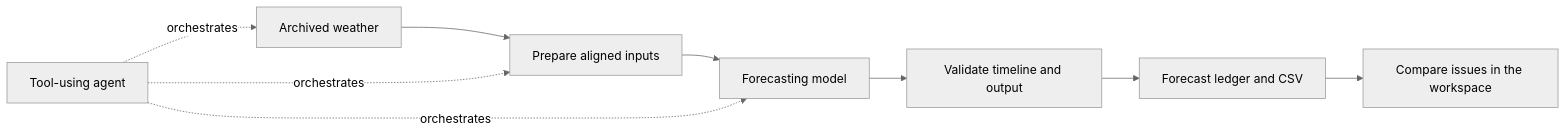
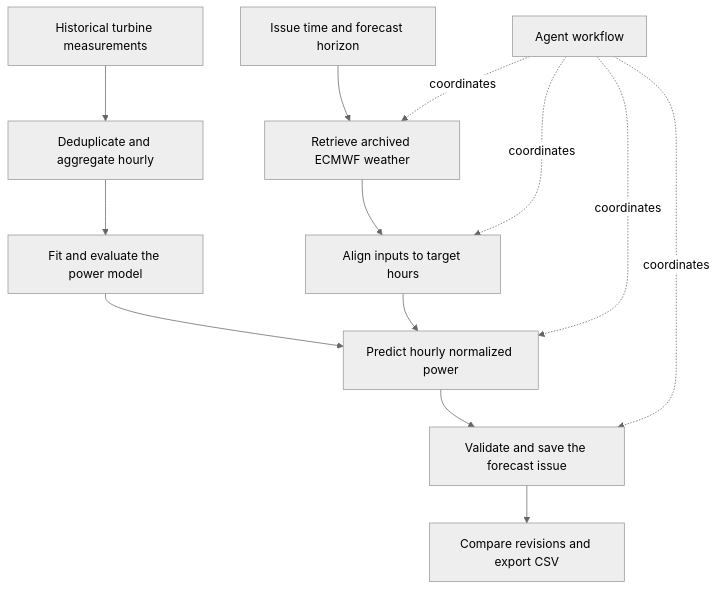
The diagram in README.md (Eye172/samal-showcase), drawn with Mermaid (neutral theme) before and after one commit. The commit also changed other lines of this file and 2 other files, not shown here.

Commit message:
Present SAMAL as a complete energy forecasting case study with operator walkthrough

````diff
--- a/README.md
+++ b/README.md
@@ -40,11 +51,15 @@
-~~~mermaid
-flowchart LR
- A[Archived weather] --> B[Prepare aligned inputs]
- B --> C[Forecasting model]
- C --> D[Validate timeline and output]
- D --> E[Forecast ledger and CSV]
- F[Tool-using agent] -. orchestrates .-> A
- F -. orchestrates .-> B
- F -. orchestrates .-> C
- E --> G[Compare issues in the workspace]
-~~~
+```mermaid
+flowchart TD
+    A[Historical turbine measurements] --> B[Deduplicate and aggregate hourly]
+    B --> C[Fit and evaluate the power model]
+    D[Issue time and forecast horizon] --> E[Retrieve archived ECMWF weather]
+    E --> F[Align inputs to target hours]
+    C --> G[Predict hourly normalized power]
+    F --> G
+    G --> H[Validate and save the forecast issue]
+    H --> I[Compare revisions and export CSV]
+    J[Agent workflow] -. coordinates .-> E
+    J -. coordinates .-> F
+    J -. coordinates .-> G
+    J -. coordinates .-> H
+```
````
